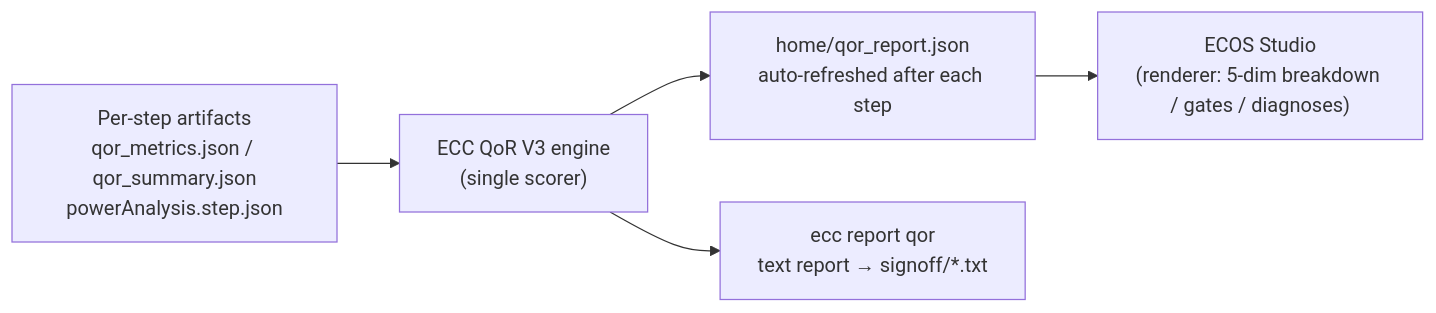
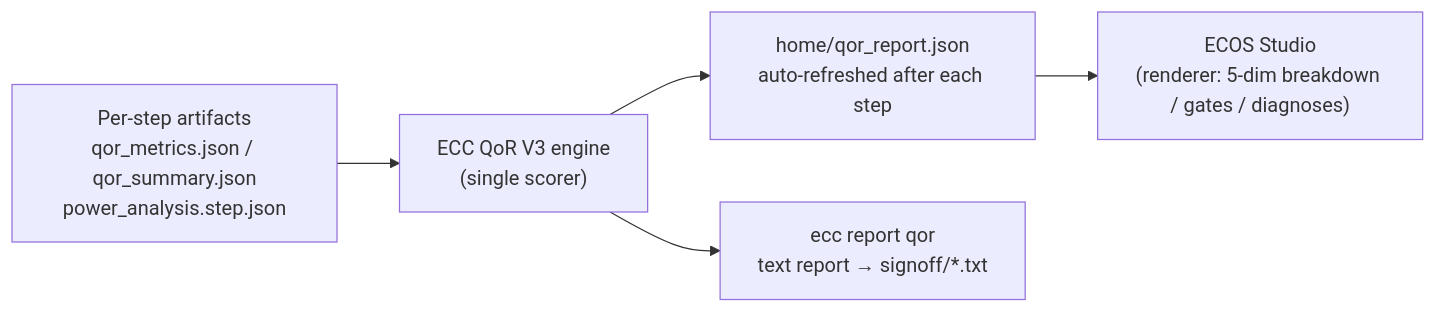
The diagram in chipcompiler/docs/ecc-qor-ref.en.md (openecos-projects/ecc), drawn with Mermaid before and after one commit. The commit also changed other lines of this file and 306 other files, not shown here.

````diff
--- a/chipcompiler/docs/ecc-qor-ref.en.md
+++ b/chipcompiler/docs/ecc-qor-ref.en.md
@@ -11,7 +11,7 @@
 ```mermaid
 graph LR
-    A["Per-step artifacts<br/>qor_metrics.json / qor_summary.json<br/>powerAnalysis.step.json"] --> B["ECC QoR V3 engine<br/>(single scorer)"]
+    A["Per-step artifacts<br/>qor_metrics.json / qor_summary.json<br/>power_analysis.step.json"] --> B["ECC QoR V3 engine<br/>(single scorer)"]
     B --> C["home/qor_report.json<br/>auto-refreshed after each step"]
     C --> D["ECOS Studio<br/>(renderer: 5-dim breakdown / gates / diagnoses)"]
     B --> E["ecc report qor<br/>text report → signoff/*.txt"]
 ```
````
